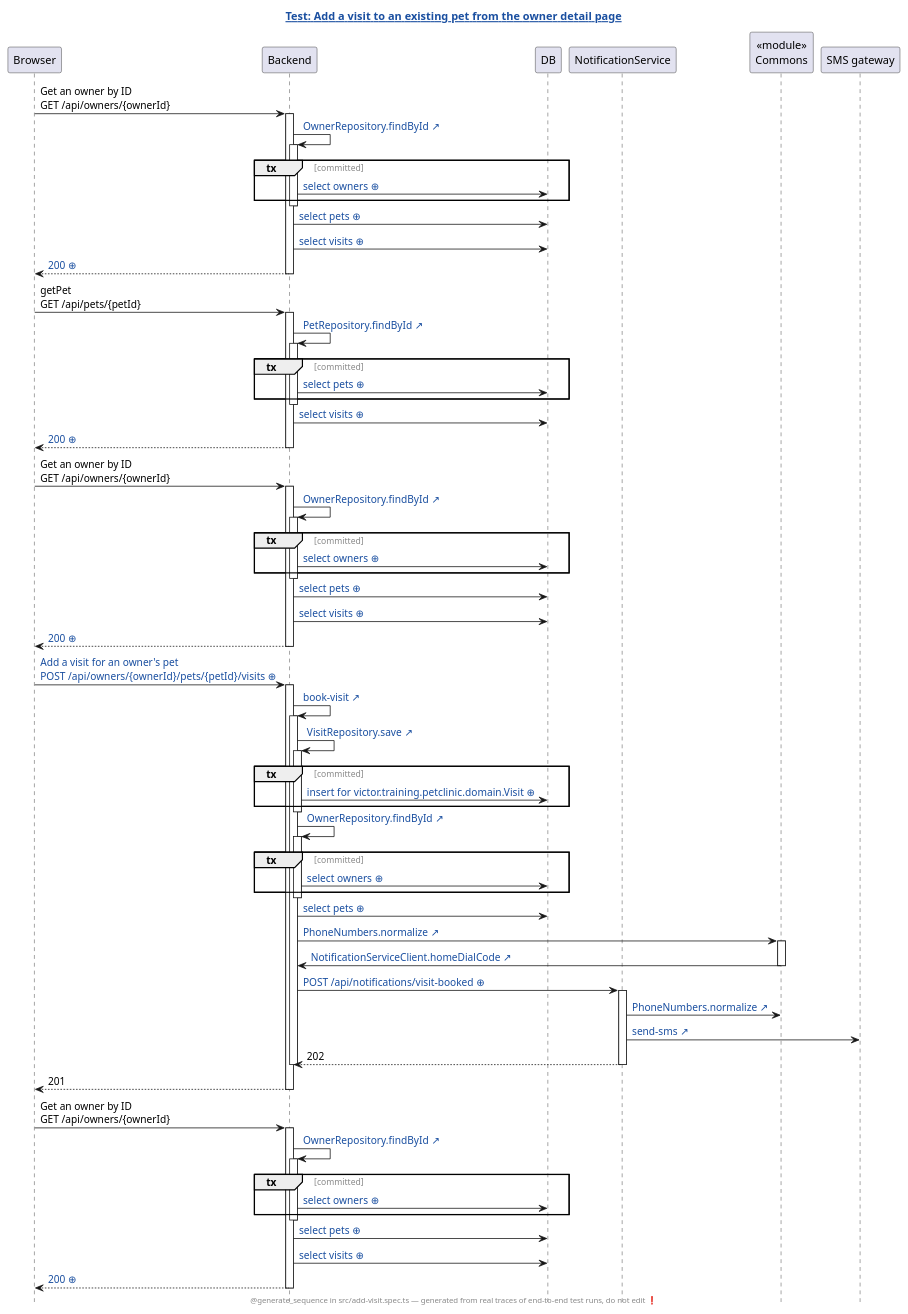
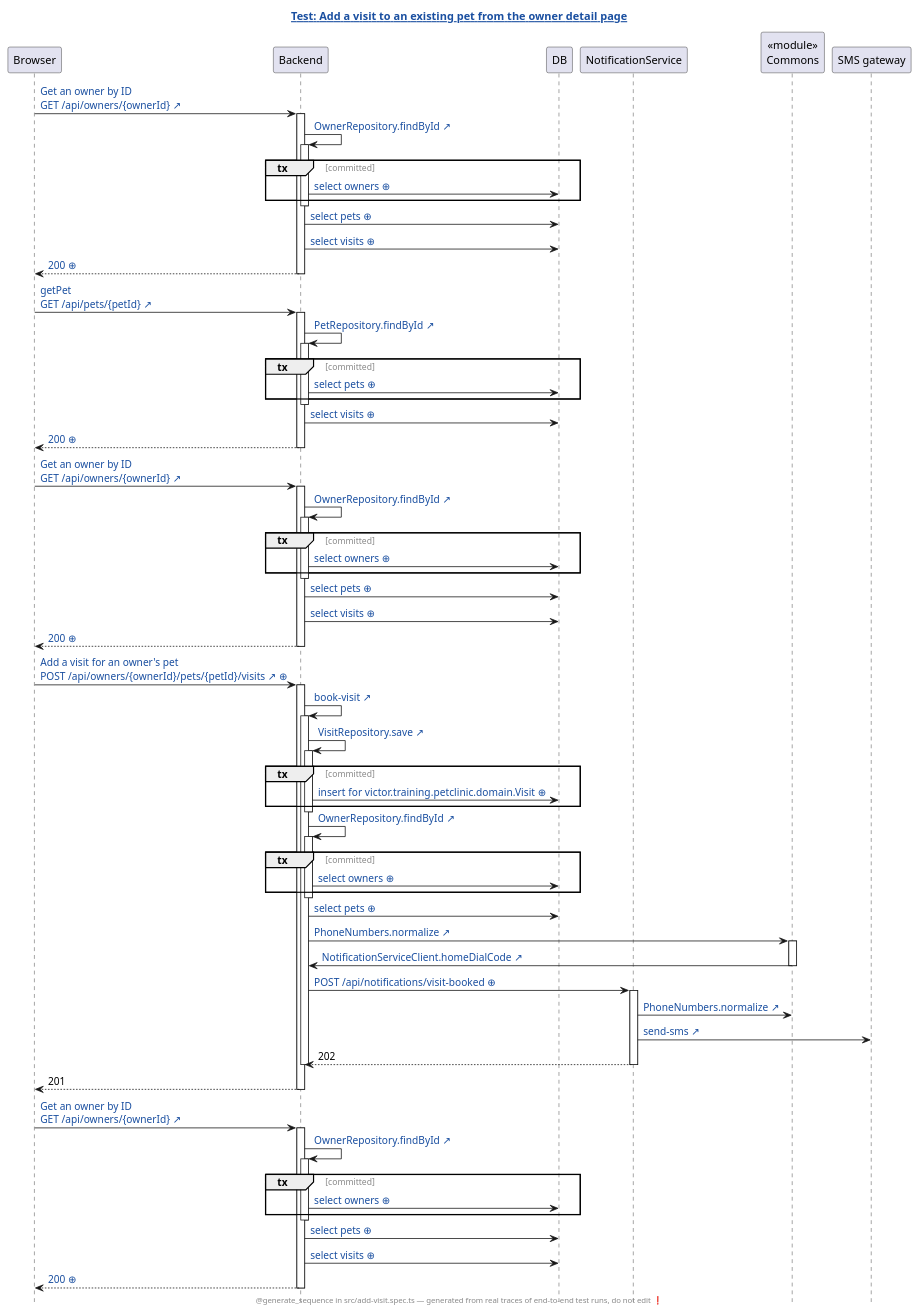
The diagram in petclinic-test/generated/add-visit.spec.ts.add-a-visit-to-an-existing-pet-from-the-owner-detail-page.genseq.puml (victorrentea/petclinic), drawn with PlantUML before and after one commit. The commit also changed 3 other files, not shown here.

First line of the commit message:
Regenerate the browser sequence diagrams: request arrows link to their line

```diff
--- a/petclinic-test/generated/add-visit.spec.ts.add-a-visit-to-an-existing-pet-from-the-owner-detail-page.genseq.puml
+++ b/petclinic-test/generated/add-visit.spec.ts.add-a-visit-to-an-existing-pet-from-the-owner-detail-page.genseq.puml
@@ -1,93 +1,93 @@
 @startuml
 ' ⚠️  GENERATED FILE — DO NOT EDIT. Every edit is lost on the next run.
 hide footbox
 skinparam hyperlinkUnderline false
 skinparam hyperlinkColor #1A4FA0
 skinparam sequenceGroupFontColor #888888
 skinparam sequenceGroupFontStyle plain
-title [[src://petclinic-test/src/add-visit.spec.ts:31{Click to open the test} Test: Add a visit to an existing pet from the owner detail page]]
+title [[src://petclinic-test/src/add-visit.spec.ts:34{Click to open the test} Test: Add a visit to an existing pet from the owner detail page]]
 footer @generate_sequence in src/add-visit.spec.ts — generated from real traces of end-to-end test runs, do not edit ❗
 participant Browser
 participant Backend
 participant DB
 participant NotificationService
 participant "«module»\nCommons" as Commons
 participant "SMS gateway"
-Browser -> Backend: Get an owner by ID\nGET /api/owners/{ownerId}
+Browser -> Backend: [[src://petclinic-frontend/src/app/owners/owner-detail/owner-detail.component.ts:22{Click to open the line that sent this request: owner-detail.component.ts:22} Get an owner by ID\nGET /api/owners/{ownerId} ↗]]
 activate Backend
 Backend -> Backend: [[src://petclinic-backend/src/main/java/victor/training/petclinic/repository/OwnerRepository.java:14{Click to open OwnerRepository.findById} OwnerRepository.findById ↗]]
 activate Backend
 group tx [committed]
 Backend -> DB: [[genseq://0x8aana{Click for the statement behind this call} select owners ⊕]]
 end
 deactivate Backend
 Backend -> DB: [[genseq://18567ho{Click for the statement behind this call} select pets ⊕]]
 Backend -> DB: [[genseq://13apewa{Click for the statement behind this call} select visits ⊕]]
 Backend --> Browser: [[genseq://0zavcxa{Click for this call’s JSON body} 200 ⊕]]
 deactivate Backend
-Browser -> Backend: getPet\nGET /api/pets/{petId}
+Browser -> Backend: [[src://petclinic-frontend/src/app/visits/visit-add/visit-add.component.ts:42{Click to open the line that sent this request: visit-add.component.ts:42} getPet\nGET /api/pets/{petId} ↗]]
 activate Backend
 Backend -> Backend: [[src://petclinic-backend/src/main/java/victor/training/petclinic/repository/PetRepository.java:16{Click to open PetRepository.findById} PetRepository.findById ↗]]
 activate Backend
 group tx [committed]
 Backend -> DB: [[genseq://0y7w2ps{Click for the statement behind this call} select pets ⊕]]
 end
 deactivate Backend
 Backend -> DB: [[genseq://13apewa{Click for the statement behind this call} select visits ⊕]]
 Backend --> Browser: [[genseq://01mmlgx{Click for this call’s JSON body} 200 ⊕]]
 deactivate Backend
-Browser -> Backend: Get an owner by ID\nGET /api/owners/{ownerId}
+Browser -> Backend: [[src://petclinic-frontend/src/app/visits/visit-add/visit-add.component.ts:47{Click to open the line that sent this request: visit-add.component.ts:47} Get an owner by ID\nGET /api/owners/{ownerId} ↗]]
 activate Backend
 Backend -> Backend: [[src://petclinic-backend/src/main/java/victor/training/petclinic/repository/OwnerRepository.java:14{Click to open OwnerRepository.findById} OwnerRepository.findById ↗]]
 activate Backend
 group tx [committed]
 Backend -> DB: [[genseq://0x8aana{Click for the statement behind this call} select owners ⊕]]
 end
 deactivate Backend
 Backend -> DB: [[genseq://18567ho{Click for the statement behind this call} select pets ⊕]]
 Backend -> DB: [[genseq://13apewa{Click for the statement behind this call} select visits ⊕]]
 Backend --> Browser: [[genseq://0zavcxa{Click for this call’s JSON body} 200 ⊕]]
 deactivate Backend
-Browser -> Backend: [[genseq://1wvc0vp{Click for this call’s JSON body} Add a visit for an owner's pet\nPOST /api/owners/{ownerId}/pets/{petId}/visits ⊕]]
+Browser -> Backend: [[src://petclinic-frontend/src/app/visits/visit-add/visit-add.component.ts:63{Click to open the line that sent this request: visit-add.component.ts:63 ← visit-add.component.html:25} Add a visit for an owner's pet\nPOST /api/owners/{ownerId}/pets/{petId}/visits ↗]] [[genseq://1i3bawm{Click for this call’s JSON body} ⊕]]
 activate Backend
 Backend -> Backend: [[src://petclinic-backend/src/main/java/victor/training/petclinic/rest/OwnerRestController.java:183{Click to open OwnerRestController.bookVisit} book-visit ↗]]
 activate Backend
 Backend -> Backend: [[src://petclinic-backend/src/main/java/victor/training/petclinic/repository/VisitRepository.java:14{Click to open VisitRepository.save} VisitRepository.save ↗]]
 activate Backend
 group tx [committed]
-Backend -> DB: [[genseq://0624iy2{Click for the statement behind this call} insert for victor.training.petclinic.domain.Visit ⊕]]
+Backend -> DB: [[genseq://1fmafx1{Click for the statement behind this call} insert for victor.training.petclinic.domain.Visit ⊕]]
 end
 deactivate Backend
 Backend -> Backend: [[src://petclinic-backend/src/main/java/victor/training/petclinic/repository/OwnerRepository.java:14{Click to open OwnerRepository.findById} OwnerRepository.findById ↗]]
 activate Backend
 group tx [committed]
 Backend -> DB: [[genseq://0x8aana{Click for the statement behind this call} select owners ⊕]]
 end
 deactivate Backend
 Backend -> DB: [[genseq://18567ho{Click for the statement behind this call} select pets ⊕]]
-Backend -> Commons: [[src://petclinic-commons/src/main/java/victor/training/commons/PhoneNumbers.java:8{Click to open PhoneNumbers.normalize} PhoneNumbers.normalize ↗]]
+Backend -> Commons: [[src://petclinic-commons/src/main/java/victor/training/commons/PhoneNumbers.java:14{Click to open PhoneNumbers.normalize} PhoneNumbers.normalize ↗]]
 activate Commons
 Commons -> Backend: [[src://petclinic-backend/src/main/java/victor/training/petclinic/notification/NotificationServiceClient.java:45{Click to open NotificationServiceClient.homeDialCode} NotificationServiceClient.homeDialCode ↗]]
 deactivate Commons
 Backend -> NotificationService: [[genseq://1p4ogm5{Click for this call’s JSON body} POST /api/notifications/visit-booked ⊕]]
 activate NotificationService
 NotificationService -> Commons: [[src://petclinic-commons/src/main/java/victor/training/commons/PhoneNumbers.java:8{Click to open PhoneNumbers.normalize} PhoneNumbers.normalize ↗]]
 NotificationService -> "SMS gateway": [[src://notification-service/src/main/java/victor/training/notification/SmsGateway.java:23{Click to open SmsGateway.send} send-sms ↗]]
 NotificationService --> Backend: 202
 deactivate NotificationService
 deactivate Backend
 Backend --> Browser: 201
 deactivate Backend
-Browser -> Backend: Get an owner by ID\nGET /api/owners/{ownerId}
+Browser -> Backend: [[src://petclinic-frontend/src/app/owners/owner-detail/owner-detail.component.ts:22{Click to open the line that sent this request: owner-detail.component.ts:22} Get an owner by ID\nGET /api/owners/{ownerId} ↗]]
 activate Backend
 Backend -> Backend: [[src://petclinic-backend/src/main/java/victor/training/petclinic/repository/OwnerRepository.java:14{Click to open OwnerRepository.findById} OwnerRepository.findById ↗]]
 activate Backend
 group tx [committed]
 Backend -> DB: [[genseq://0x8aana{Click for the statement behind this call} select owners ⊕]]
 end
 deactivate Backend
 Backend -> DB: [[genseq://18567ho{Click for the statement behind this call} select pets ⊕]]
 Backend -> DB: [[genseq://13apewa{Click for the statement behind this call} select visits ⊕]]
-Backend --> Browser: [[genseq://1gpk0tx{Click for this call’s JSON body} 200 ⊕]]
+Backend --> Browser: [[genseq://1pj6yaa{Click for this call’s JSON body} 200 ⊕]]
 deactivate Backend
 @enduml
```
